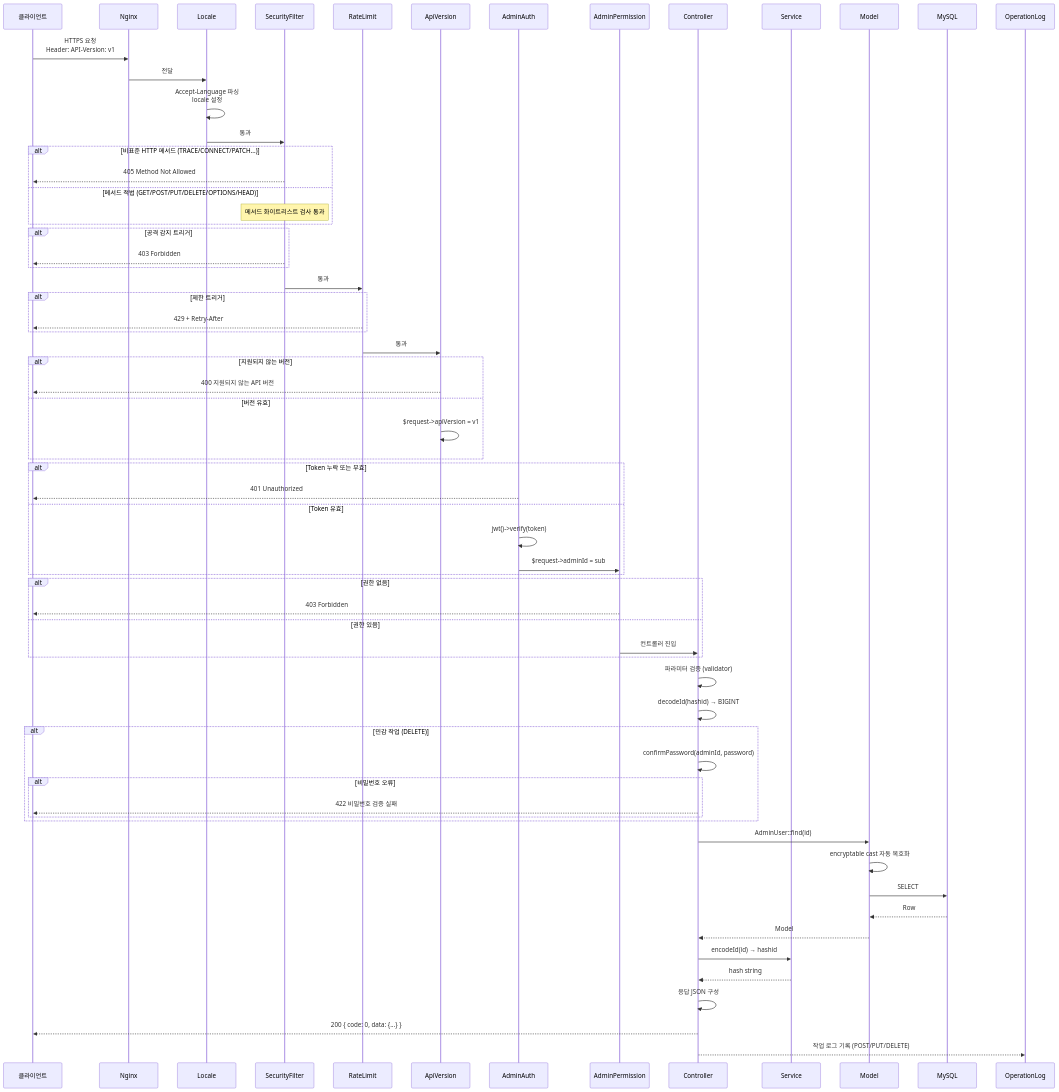
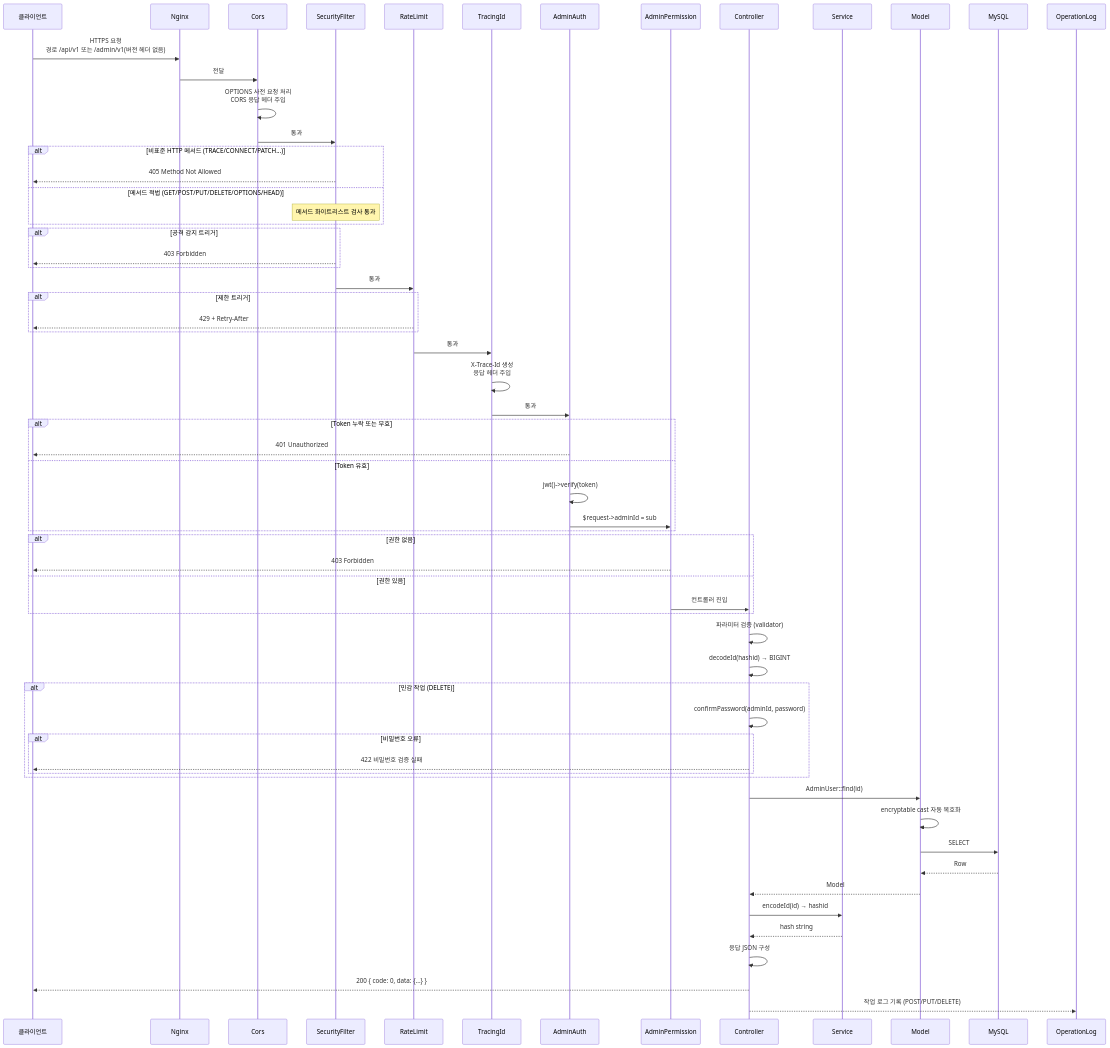
One commit to erikwang2013/erp-php changed the third of 20 diagrams in docs/i18n/ko/ARCHITECTURE.md. Above: the diagram before and after it, drawn with Mermaid. The commit also changed other lines of this file and 325 other files, not shown here.

````diff
--- a/docs/i18n/ko/ARCHITECTURE.md
+++ b/docs/i18n/ko/ARCHITECTURE.md
@@ -157,81 +180,77 @@
 ```mermaid
 sequenceDiagram
     participant C as 클라이언트
     participant N as Nginx
-    participant MW_LOC as Locale
+    participant MW_CR as Cors
     participant MW_SF as SecurityFilter
     participant MW_RL as RateLimit
-    participant MW0 as ApiVersion
+    participant MW_TID as TracingId
     participant MW1 as AdminAuth
     participant MW2 as AdminPermission
     participant CTL as Controller
     participant SVC as Service
     participant MDL as Model
     participant DB as MySQL
     participant OPLOG as OperationLog
 
-    C->>N: HTTPS 요청<br/>Header: API-Version: v1
-    N->>MW_LOC: 전달
-    MW_LOC->>MW_LOC: Accept-Language 파싱<br/>locale 설정
-    MW_LOC->>MW_SF: 통과
+    C->>N: HTTPS 요청<br/>경로 /api/v1 또는 /admin/v1(버전 헤더 없음)
+    N->>MW_CR: 전달
+    MW_CR->>MW_CR: OPTIONS 사전 요청 처리<br/>CORS 응답 헤더 주입
+    MW_CR->>MW_SF: 통과
 
     alt 비표준 HTTP 메서드 (TRACE/CONNECT/PATCH...)
         MW_SF-->>C: 405 Method Not Allowed
     else 메서드 적법 (GET/POST/PUT/DELETE/OPTIONS/HEAD)
         Note over MW_SF: 메서드 화이트리스트 검사 통과
     end
 
     alt 공격 감지 트리거
         MW_SF-->>C: 403 Forbidden
     end
 
     MW_SF->>MW_RL: 통과
 
     alt 제한 트리거
         MW_RL-->>C: 429 + Retry-After
     end
 
-    MW_RL->>MW0: 통과
-
-    alt 지원되지 않는 버전
-        MW0-->>C: 400 지원되지 않는 API 버전
-    else 버전 유효
-        MW0->>MW0: $request->apiVersion = v1
-    end
+    MW_RL->>MW_TID: 통과
+    MW_TID->>MW_TID: X-Trace-Id 생성<br/>응답 헤더 주입
+    MW_TID->>MW1: 통과
 
     alt Token 누락 또는 무효
         MW1-->>C: 401 Unauthorized
     else Token 유효
         MW1->>MW1: jwt()->verify(token)
         MW1->>MW2: $request->adminId = sub
     end
 
     alt 권한 없음
         MW2-->>C: 403 Forbidden
     else 권한 있음
         MW2->>CTL: 컨트롤러 진입
     end
 
     CTL->>CTL: 파라미터 검증 (validator)
     CTL->>CTL: decodeId(hashid) → BIGINT
 
     alt 민감 작업 (DELETE)
         CTL->>CTL: confirmPassword(adminId, password)
         alt 비밀번호 오류
             CTL-->>C: 422 비밀번호 검증 실패
         end
     end
 
     CTL->>MDL: AdminUser::find(id)
     MDL->>MDL: encryptable cast 자동 복호화
     MDL->>DB: SELECT
     DB-->>MDL: Row
     MDL-->>CTL: Model
 
     CTL->>SVC: encodeId(id) → hashid
     SVC-->>CTL: hash string
 
     CTL->>CTL: 응답 JSON 구성
     CTL-->>C: 200 { code: 0, data: {...} }
     CTL-->>OPLOG: 작업 로그 기록 (POST/PUT/DELETE)
 ```
````
